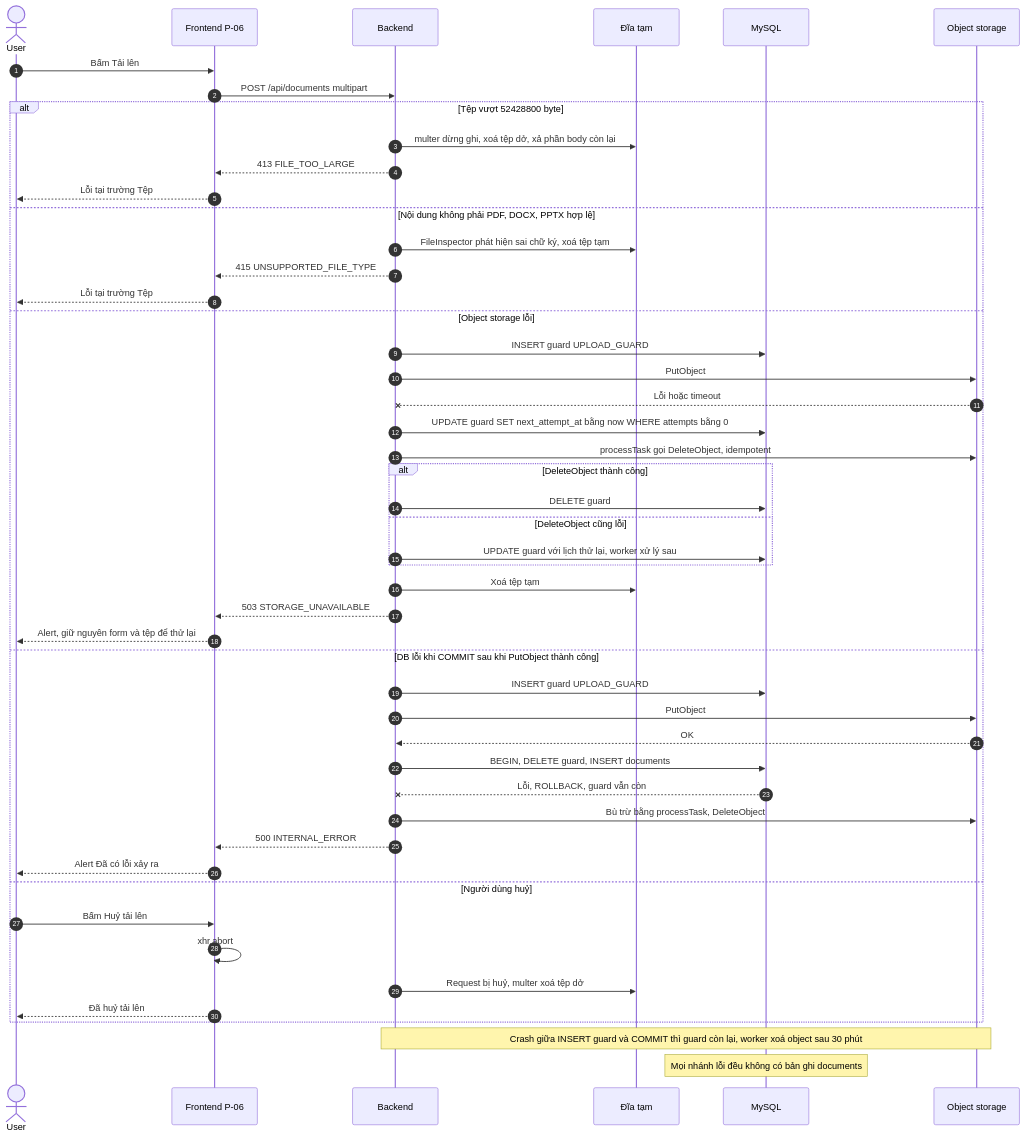
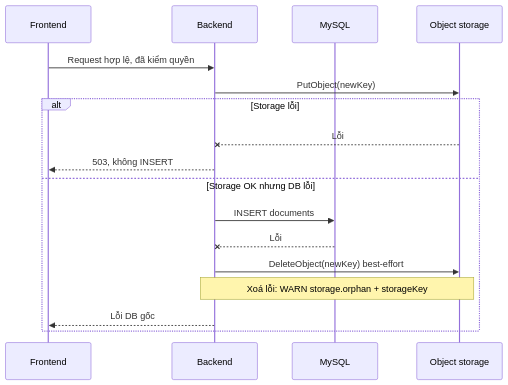
Diagram 32 of 38 in docs/ARCHITECTURE.md (august0362/btl_cloud), drawn with Mermaid before and after one commit. The commit also changed other lines of this file and 1 other file, not shown here.

````diff
--- a/docs/ARCHITECTURE.md
+++ b/docs/ARCHITECTURE.md
@@ -2185,51 +2039,19 @@
 ```mermaid
 sequenceDiagram
-  autonumber
-  actor U as User
-  participant FE as Frontend P-06
+  participant FE as Frontend
   participant BE as Backend
-  participant TMP as Đĩa tạm
   participant DB as MySQL
   participant OS as Object storage
-  U->>FE: Bấm Tải lên
-  FE->>BE: POST /api/documents multipart
-  alt Tệp vượt 52428800 byte
-    BE->>TMP: multer dừng ghi, xoá tệp dở, xả phần body còn lại
-    BE-->>FE: 413 FILE_TOO_LARGE
-    FE-->>U: Lỗi tại trường Tệp
-  else Nội dung không phải PDF, DOCX, PPTX hợp lệ
-    BE->>TMP: FileInspector phát hiện sai chữ ký, xoá tệp tạm
-    BE-->>FE: 415 UNSUPPORTED_FILE_TYPE
-    FE-->>U: Lỗi tại trường Tệp
-  else Object storage lỗi
-    BE->>DB: INSERT guard UPLOAD_GUARD
-    BE->>OS: PutObject
-    OS--xBE: Lỗi hoặc timeout
-    BE->>DB: UPDATE guard SET next_attempt_at bằng now WHERE attempts bằng 0
-    BE->>OS: processTask gọi DeleteObject, idempotent
-    alt DeleteObject thành công
-      BE->>DB: DELETE guard
-    else DeleteObject cũng lỗi
-      BE->>DB: UPDATE guard với lịch thử lại, worker xử lý sau
-    end
-    BE->>TMP: Xoá tệp tạm
-    BE-->>FE: 503 STORAGE_UNAVAILABLE
-    FE-->>U: Alert, giữ nguyên form và tệp để thử lại
-  else DB lỗi khi COMMIT sau khi PutObject thành công
-    BE->>DB: INSERT guard UPLOAD_GUARD
-    BE->>OS: PutObject
-    OS-->>BE: OK
-    BE->>DB: BEGIN, DELETE guard, INSERT documents
-    DB--xBE: Lỗi, ROLLBACK, guard vẫn còn
-    BE->>OS: Bù trừ bằng processTask, DeleteObject
-    BE-->>FE: 500 INTERNAL_ERROR
-    FE-->>U: Alert Đã có lỗi xảy ra
-  else Người dùng huỷ
-    U->>FE: Bấm Huỷ tải lên
-    FE->>FE: xhr.abort
-    BE->>TMP: Request bị huỷ, multer xoá tệp dở
-    FE-->>U: Đã huỷ tải lên
+  FE->>BE: Request hợp lệ, đã kiểm quyền
+  BE->>OS: PutObject(newKey)
+  alt Storage lỗi
+    OS--xBE: Lỗi
+    BE-->>FE: 503, không INSERT
+  else Storage OK nhưng DB lỗi
+    BE->>DB: INSERT documents
+    DB--xBE: Lỗi
+    BE->>OS: DeleteObject(newKey) best-effort
+    Note over BE,OS: Xoá lỗi: WARN storage.orphan + storageKey
+    BE-->>FE: Lỗi DB gốc
   end
-  Note over BE,OS: Crash giữa INSERT guard và COMMIT thì guard còn lại, worker xoá object sau 30 phút
-  Note over DB: Mọi nhánh lỗi đều không có bản ghi documents
 ```
````
